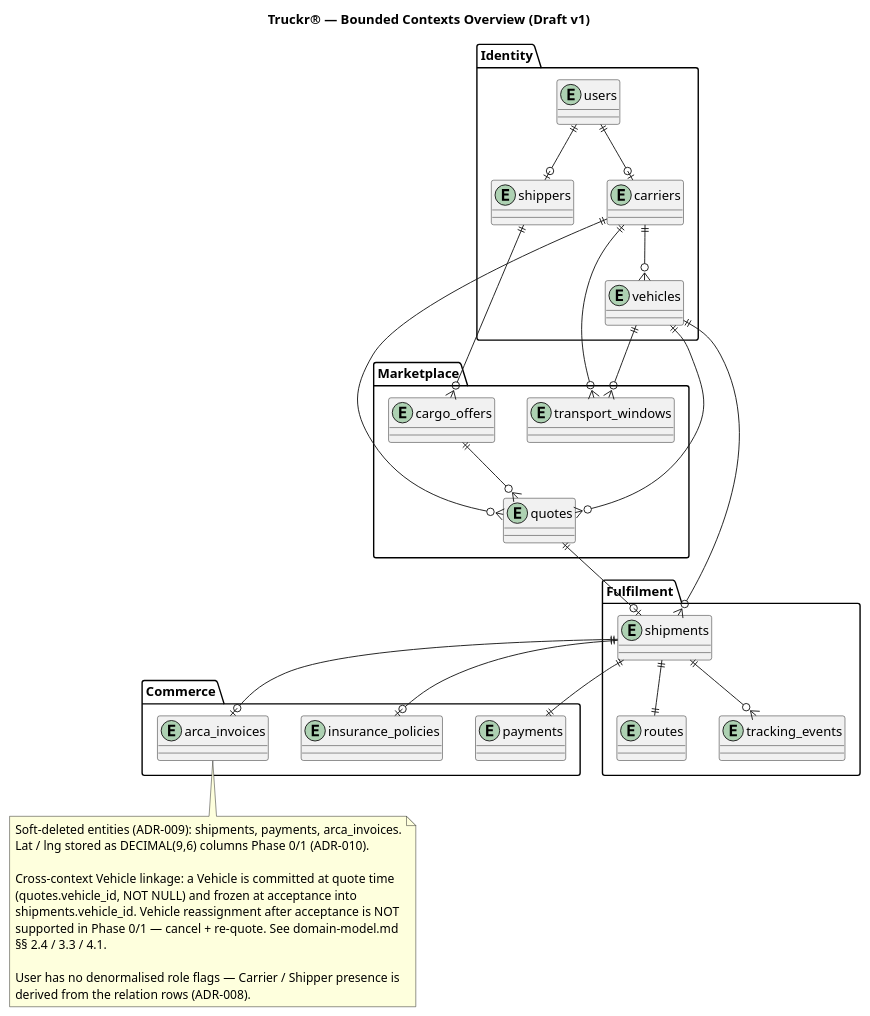
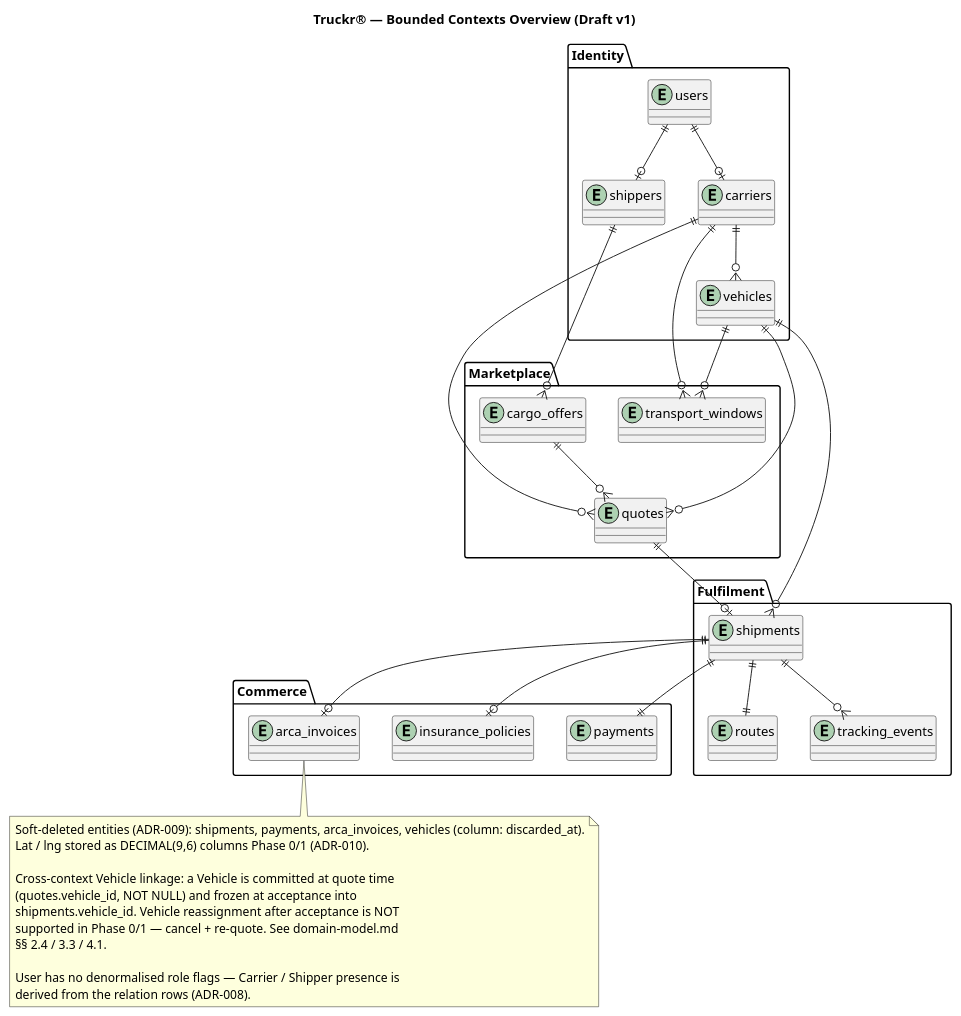
One commit to matias-ferrero/Truckr changed the diagram in docs/04-database-diagrams/erd-overview.puml. Above: the diagram before and after it, drawn with PlantUML. The commit also changed 24 other files, not shown here.

Commit message:
feat(vehicles): implemented soft deletion of vehicles (#275)

```diff
--- a/docs/04-database-diagrams/erd-overview.puml
+++ b/docs/04-database-diagrams/erd-overview.puml
@@ -1,60 +1,60 @@
 @startuml erd-overview
 title Truckr® — Bounded Contexts Overview (Draft v1)
 
 package "Identity" {
   entity "users" as user
   entity "carriers" as carrier
   entity "shippers" as shipper
   entity "vehicles" as vehicle
 }
 
 package "Marketplace" {
   entity "transport_windows" as tw
   entity "cargo_offers" as co
   entity "quotes" as quote
 }
 
 package "Fulfilment" {
   entity "shipments" as shipment
   entity "tracking_events" as te
   entity "routes" as route
 }
 
 package "Commerce" {
   entity "payments" as payment
   entity "insurance_policies" as ins
   entity "arca_invoices" as inv
 }
 
 user ||--o| carrier
 user ||--o| shipper
 carrier ||--o{ vehicle
 carrier ||--o{ tw
 vehicle ||--o{ tw
 shipper ||--o{ co
 co ||--o{ quote
 carrier ||--o{ quote
 vehicle ||--o{ quote
 quote ||--o| shipment
 vehicle ||--o{ shipment
 shipment ||--o{ te
 shipment ||--|| route
 shipment ||--|| payment
 shipment ||--o| ins
 shipment ||--o| inv
 
 note bottom
-  Soft-deleted entities (ADR-009): shipments, payments, arca_invoices.
+  Soft-deleted entities (ADR-009): shipments, payments, arca_invoices, vehicles (column: discarded_at).
   Lat / lng stored as DECIMAL(9,6) columns Phase 0/1 (ADR-010).
 
   Cross-context Vehicle linkage: a Vehicle is committed at quote time
   (quotes.vehicle_id, NOT NULL) and frozen at acceptance into
   shipments.vehicle_id. Vehicle reassignment after acceptance is NOT
   supported in Phase 0/1 — cancel + re-quote. See domain-model.md
   §§ 2.4 / 3.3 / 4.1.
 
   User has no denormalised role flags — Carrier / Shipper presence is
   derived from the relation rows (ADR-008).
 end note
 
 @enduml
```
